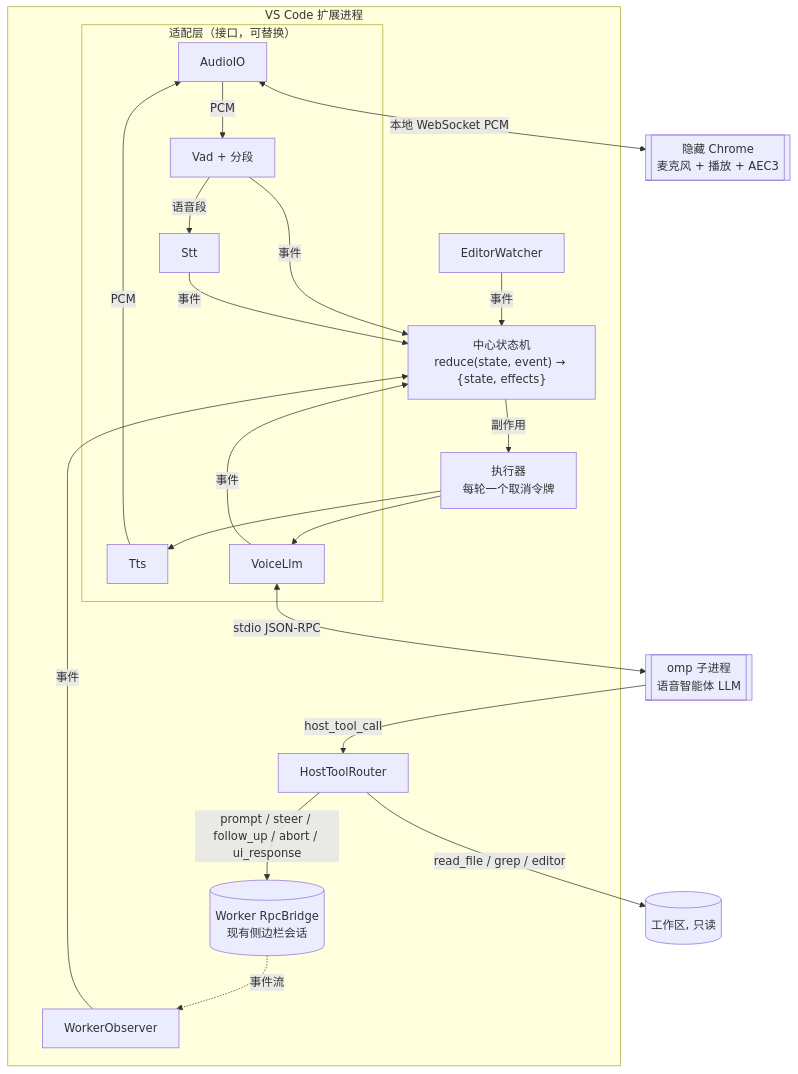
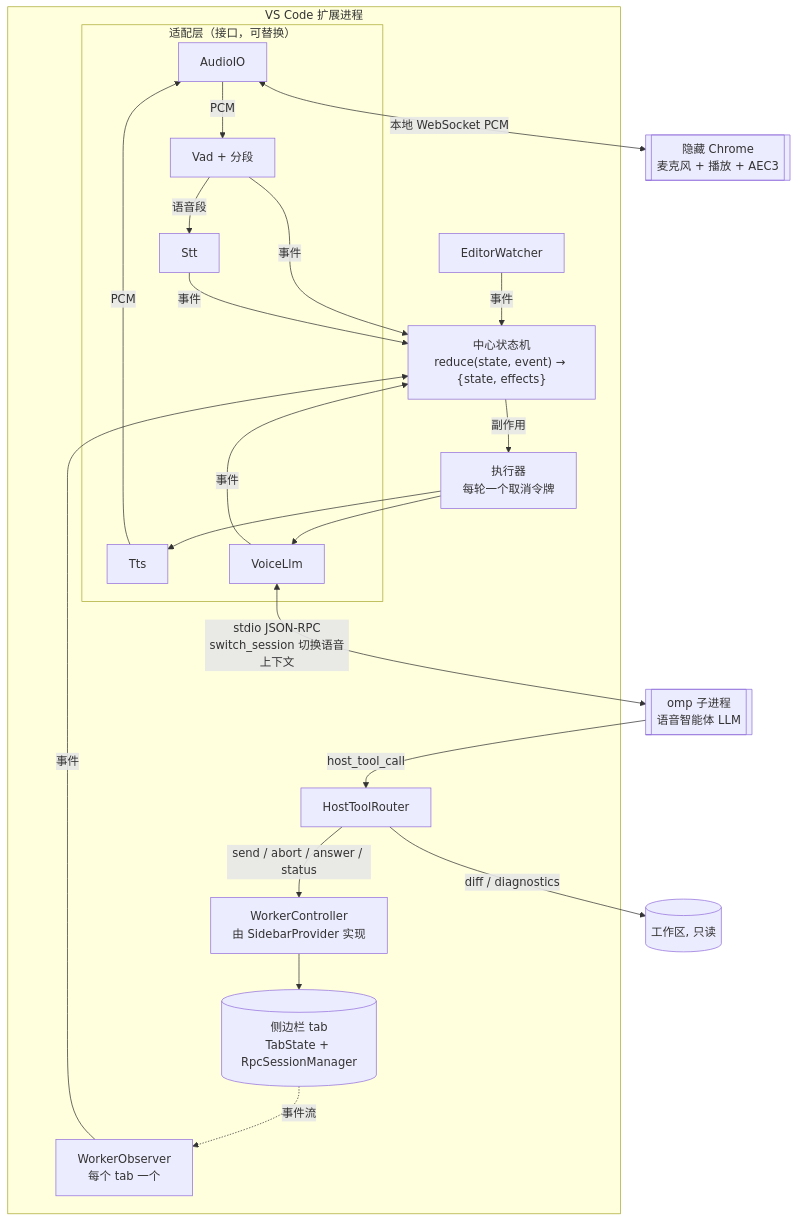
Before and after one commit to zhenguo1492/pi-fellow: the first of 2 diagrams in docs/voice-agent-design.md, drawn with Mermaid. The commit also changed other lines of this file and 91 other files, not shown here.

````diff
--- a/docs/voice-agent-design.md
+++ b/docs/voice-agent-design.md
@@ -83,29 +118,30 @@
 ```mermaid
 flowchart TB
   subgraph Ext["VS Code 扩展进程"]
     subgraph IO["适配层（接口，可替换）"]
       AIO[AudioIO]
       VAD[Vad + 分段]
       STT[Stt]
       TTS[Tts]
       VL[VoiceLlm]
     end
     R["中心状态机<br/>reduce(state, event) → {state, effects}"]
     X[执行器<br/>每轮一个取消令牌]
-    OBS[WorkerObserver]
+    OBS[WorkerObserver<br/>每个 tab 一个]
     EDW[EditorWatcher]
     HT[HostToolRouter]
-    WB[(Worker RpcBridge<br/>现有侧边栏会话)]
+    WC[WorkerController<br/>由 SidebarProvider 实现]
+    TABS[(侧边栏 tab<br/>TabState + RpcSessionManager)]
     AIO -->|PCM| VAD -->|语音段| STT
     VAD & STT & VL & OBS & EDW -->|事件| R
     R -->|副作用| X
     X --> VL
     X --> TTS -->|PCM| AIO
+    HT -->|send / abort / answer / status| WC --> TABS
+    TABS -.事件流.-> OBS
   end
   AIO <-->|本地 WebSocket PCM| CH[[隐藏 Chrome<br/>麦克风 + 播放 + AEC3]]
-  VL <-->|stdio JSON-RPC| VP[[omp 子进程<br/>语音智能体 LLM]]
+  VL <-->|stdio JSON-RPC<br/>switch_session 切换语音上下文| VP[[omp 子进程<br/>语音智能体 LLM]]
   VP -->|host_tool_call| HT
-  HT -->|prompt / steer / follow_up / abort / ui_response| WB
-  WB -.事件流.-> OBS
-  HT -->|read_file / grep / editor| FS[(工作区, 只读)]
+  HT -->|diff / diagnostics| FS[(工作区, 只读)]
 ```
````
